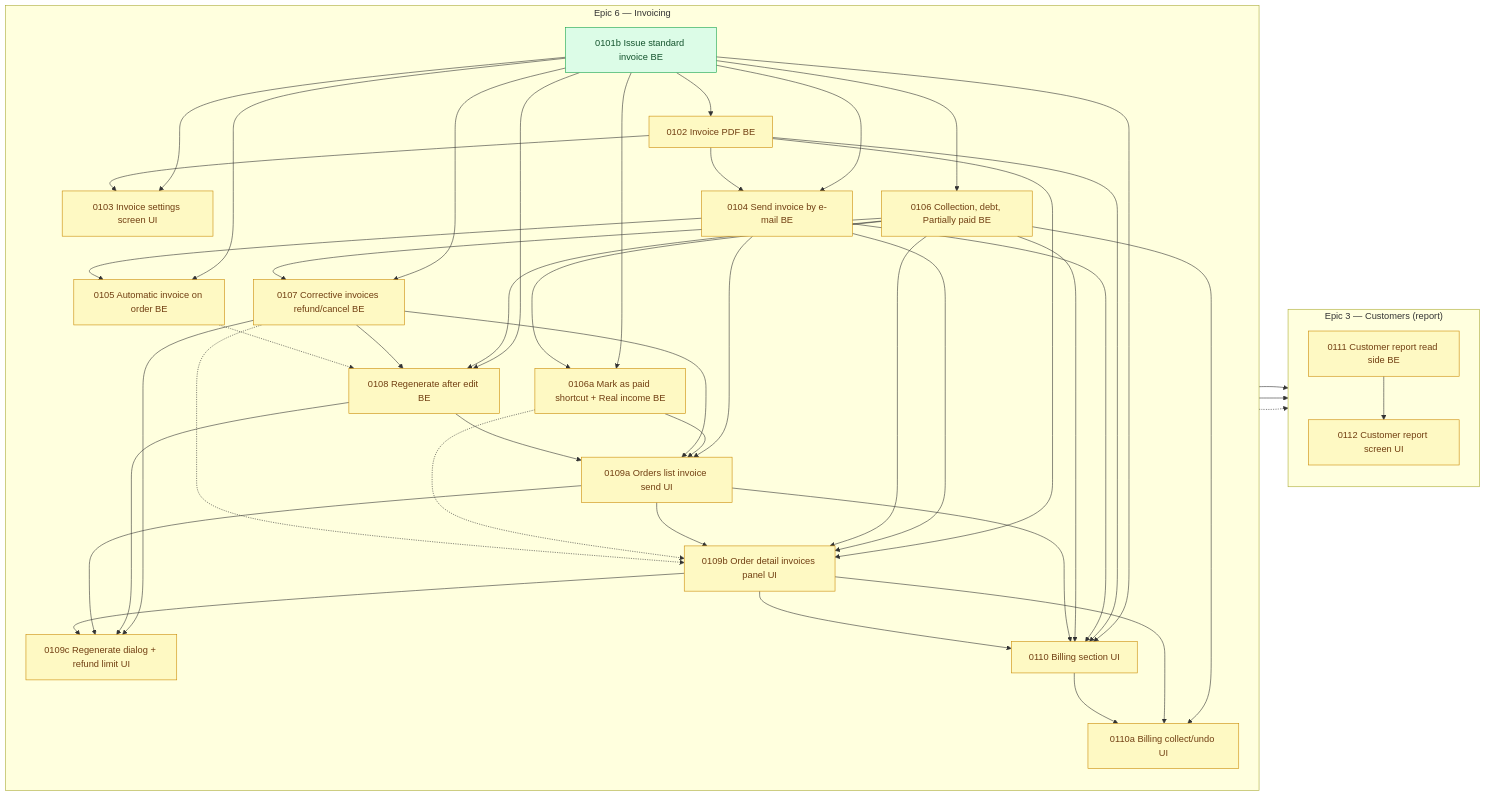
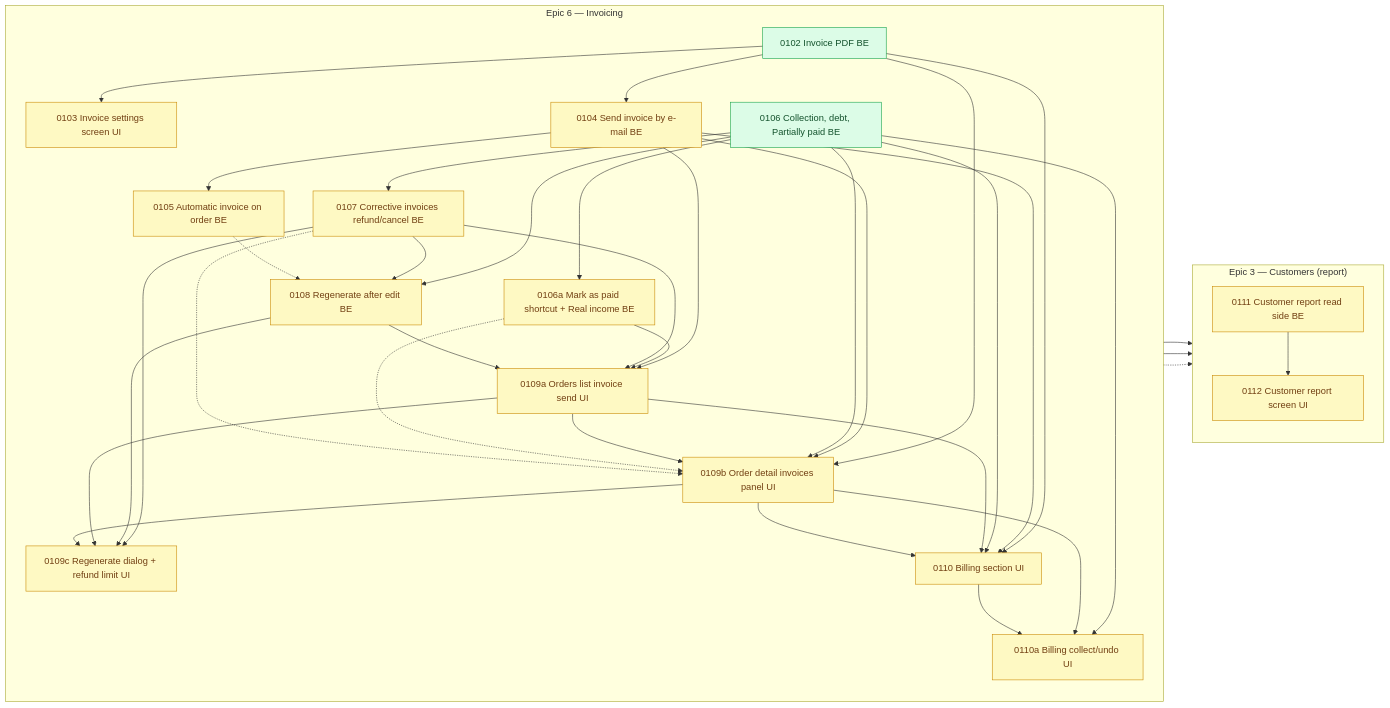
One commit to shojen/AI4Devs-finalproject changed the diagram in arospe/ai-spec/tasks-map.md. Above: the diagram before and after it, drawn with Mermaid. The commit also changed other lines of this file and 15 other files, not shown here.

````diff
--- a/arospe/ai-spec/tasks-map.md
+++ b/arospe/ai-spec/tasks-map.md
@@ -751,7 +756,6 @@
     %% (P0071 --> P0073/P0075/P0079 dropped: 0071 closed to done/ 2026-10-07.)
     subgraph PEND_INVOICING["Epic 6 — Invoicing"]
         direction TB
-        P0101b["0101b Issue standard invoice BE"]
         P0102["0102 Invoice PDF BE"]
         P0103["0103 Invoice settings screen UI"]
         P0104["0104 Send invoice by e-mail BE"]
@@ -771,20 +775,13 @@
         P0111["0111 Customer report read side BE"]
         P0112["0112 Customer report screen UI"]
     end
+    %% (P0101b --> P0102/P0103/P0104/P0105/P0106/P0106a/P0107/P0108/P0110 dropped: 0101b closed to done/ 2026-11-19; 0102 and 0106 are now ready.)
     %% Edges quoted from each task file (2026-11-15). Solid = hard dependency.
-    P0101b --> P0102
-    P0101b --> P0103
     P0102 --> P0103
-    P0101b --> P0104
     P0102 --> P0104
-    P0101b --> P0105
     P0104 --> P0105
-    P0101b --> P0106
-    P0101b --> P0106a
     P0106 --> P0106a
-    P0101b --> P0107
     P0106 --> P0107
-    P0101b --> P0108
     P0106 --> P0108
     P0107 --> P0108
     P0104 --> P0109a
@@ -799,7 +796,6 @@
     P0108 --> P0109c
     P0109a --> P0109c
     P0109b --> P0109c
-    P0101b --> P0110
     P0102 --> P0110
     P0104 --> P0110
     P0106 --> P0110
@@ -817,6 +813,6 @@
     P0106a -.-> P0109b
     P0107 -.-> P0109b
     %% Shared-file risk with the stock dialogs (no dependency): see the update note at the top.
-    class P0101b ready;
-    class P0102,P0103,P0104,P0105,P0106,P0106a,P0107,P0108,P0109a,P0109b,P0109c,P0110,P0110a,P0111,P0112 pending;
+    class P0102,P0106 ready;
+    class P0103,P0104,P0105,P0106a,P0107,P0108,P0109a,P0109b,P0109c,P0110,P0110a,P0111,P0112 pending;
 ```
````
